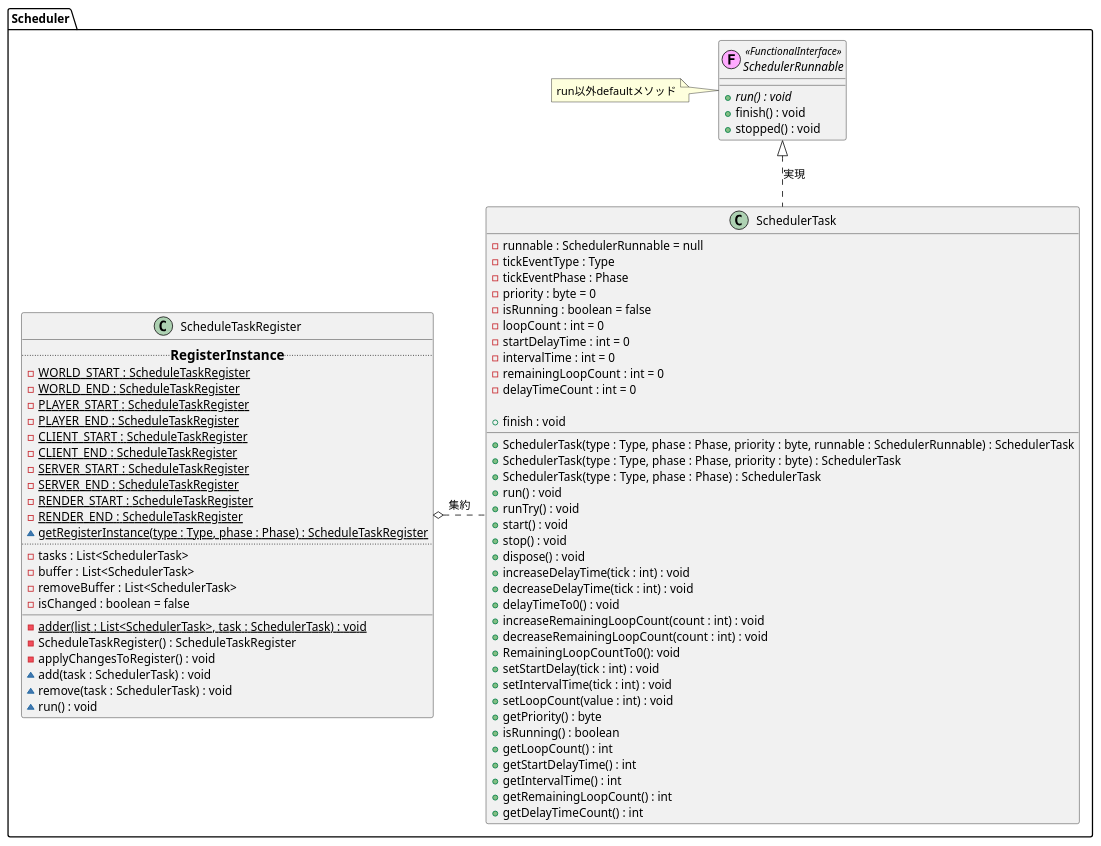
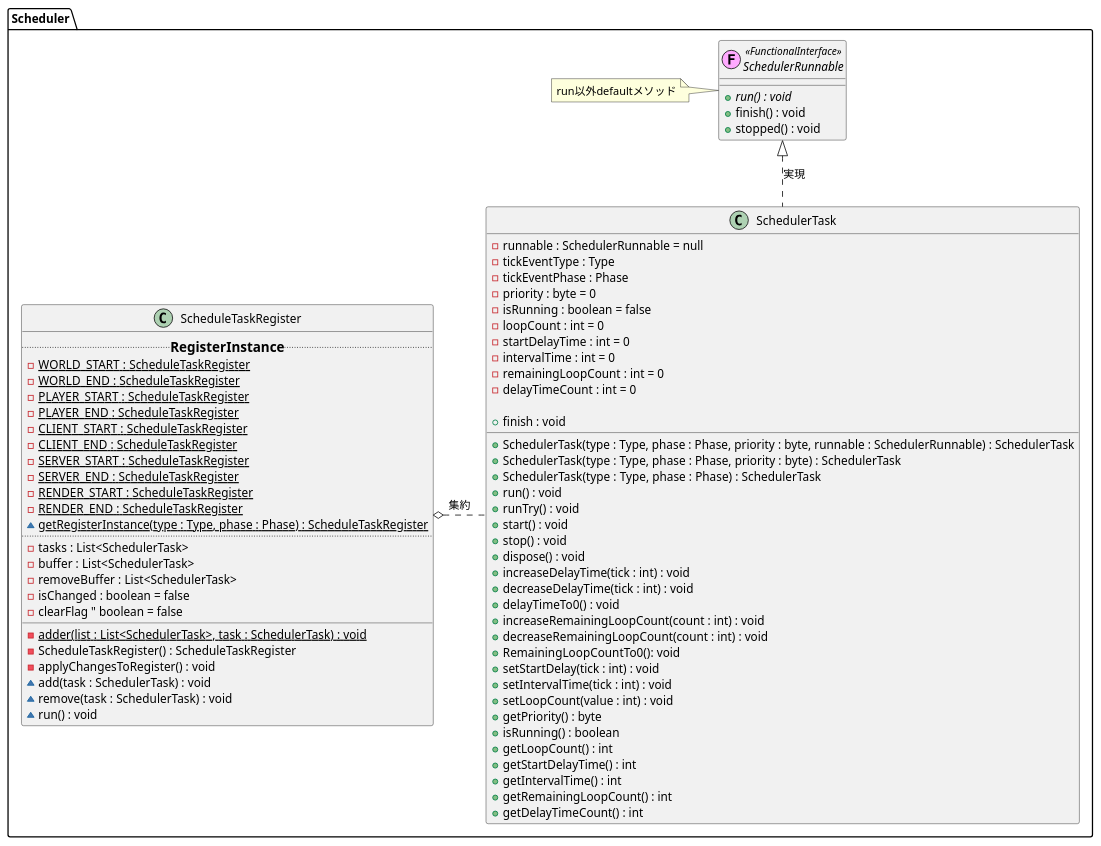
Before and after one commit to raiti-chan/SomeEatingItems: the diagram in src/main/java/com/Raiti/SomeEatingItems/Scheduler/Scheduler-ClassDiagram.puml, drawn with PlantUML. The commit also changed 5 other files, not shown here.

```diff
--- a/src/main/java/com/Raiti/SomeEatingItems/Scheduler/Scheduler-ClassDiagram.puml
+++ b/src/main/java/com/Raiti/SomeEatingItems/Scheduler/Scheduler-ClassDiagram.puml
@@ -1,85 +1,86 @@
 @startuml {Scheduler-ClassDiagram.png}
 
 package Scheduler {
 	interface SchedulerRunnable <<(F,#FFAAFF)FunctionalInterface>>{
 		{abstract} + run() : void
 		+ finish() : void
 		+ stopped() : void
 	}
 	note left
     	run以外defaultメソッド
     end note
 
 
 	"SchedulerRunnable" <|.down. "SchedulerTask":実現
 
 	class SchedulerTask {
 		- runnable : SchedulerRunnable = null
 		- tickEventType : Type
 		- tickEventPhase : Phase
 		- priority : byte = 0
 		- isRunning : boolean = false
 		- loopCount : int = 0
 		- startDelayTime : int = 0
 		- intervalTime : int = 0
 		- remainingLoopCount : int = 0
 		- delayTimeCount : int = 0
 
 		+ SchedulerTask(type : Type, phase : Phase, priority : byte, runnable : SchedulerRunnable) : SchedulerTask
 		+ SchedulerTask(type : Type, phase : Phase, priority : byte) : SchedulerTask
 		+ SchedulerTask(type : Type, phase : Phase) : SchedulerTask
 		+ run() : void
 		+ finish : void
 		+ runTry() : void
 		+ start() : void
 		+ stop() : void
 		+ dispose() : void
 		+ increaseDelayTime(tick : int) : void
 		+ decreaseDelayTime(tick : int) : void
 		+ delayTimeTo0() : void
 		+ increaseRemainingLoopCount(count : int) : void
 		+ decreaseRemainingLoopCount(count : int) : void
 		+ RemainingLoopCountTo0(): void
 		+ setStartDelay(tick : int) : void
 		+ setIntervalTime(tick : int) : void
 		+ setLoopCount(value : int) : void
 		+ getPriority() : byte
 		+ isRunning() : boolean
 		+ getLoopCount() : int
 		+ getStartDelayTime() : int
 		+ getIntervalTime() : int
 		+ getRemainingLoopCount() : int
 		+ getDelayTimeCount() : int
 
 	}
 
 	class ScheduleTaskRegister {
 		..==RegisterInstance..
 		{static} - WORLD_START : ScheduleTaskRegister
 		{static} - WORLD_END : ScheduleTaskRegister
 		{static} - PLAYER_START : ScheduleTaskRegister
 		{static} - PLAYER_END : ScheduleTaskRegister
 		{static} - CLIENT_START : ScheduleTaskRegister
 		{static} - CLIENT_END : ScheduleTaskRegister
 		{static} - SERVER_START : ScheduleTaskRegister
 		{static} - SERVER_END : ScheduleTaskRegister
 		{static} - RENDER_START : ScheduleTaskRegister
 		{static} - RENDER_END : ScheduleTaskRegister
 		{static} ~ getRegisterInstance(type : Type, phase : Phase) : ScheduleTaskRegister
 		..
 		- tasks : List<SchedulerTask>
 		- buffer : List<SchedulerTask>
 		- removeBuffer : List<SchedulerTask>
 		- isChanged : boolean = false
+		- clearFlag " boolean = false
 		__
 		{static} - adder(list : List<SchedulerTask>, task : SchedulerTask) : void
 		- ScheduleTaskRegister() : ScheduleTaskRegister
 		- applyChangesToRegister() : void
 		~ add(task : SchedulerTask) : void
 		~ remove(task : SchedulerTask) : void
 		~ run() : void
 	}
 
 	"ScheduleTaskRegister" o.r. "SchedulerTask" : 集約
 }
 @enduml
```
